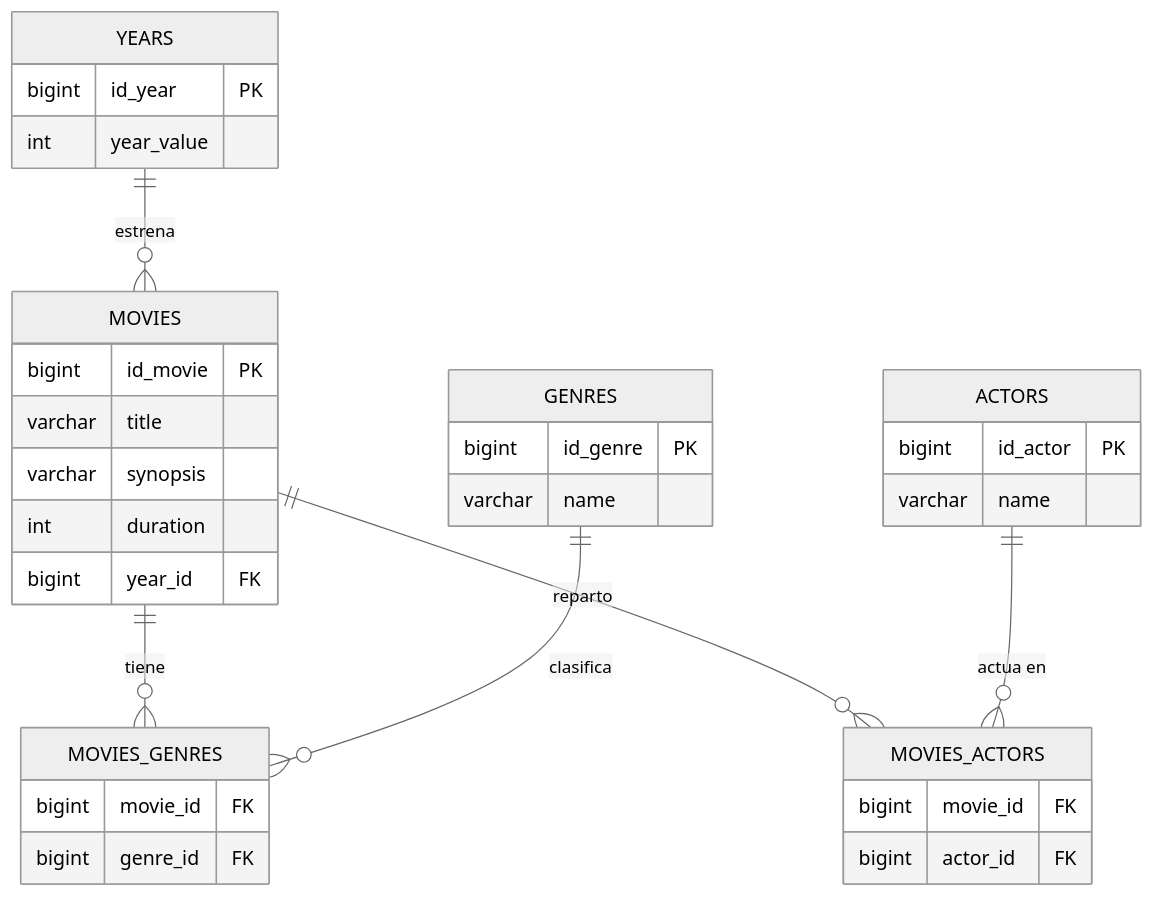
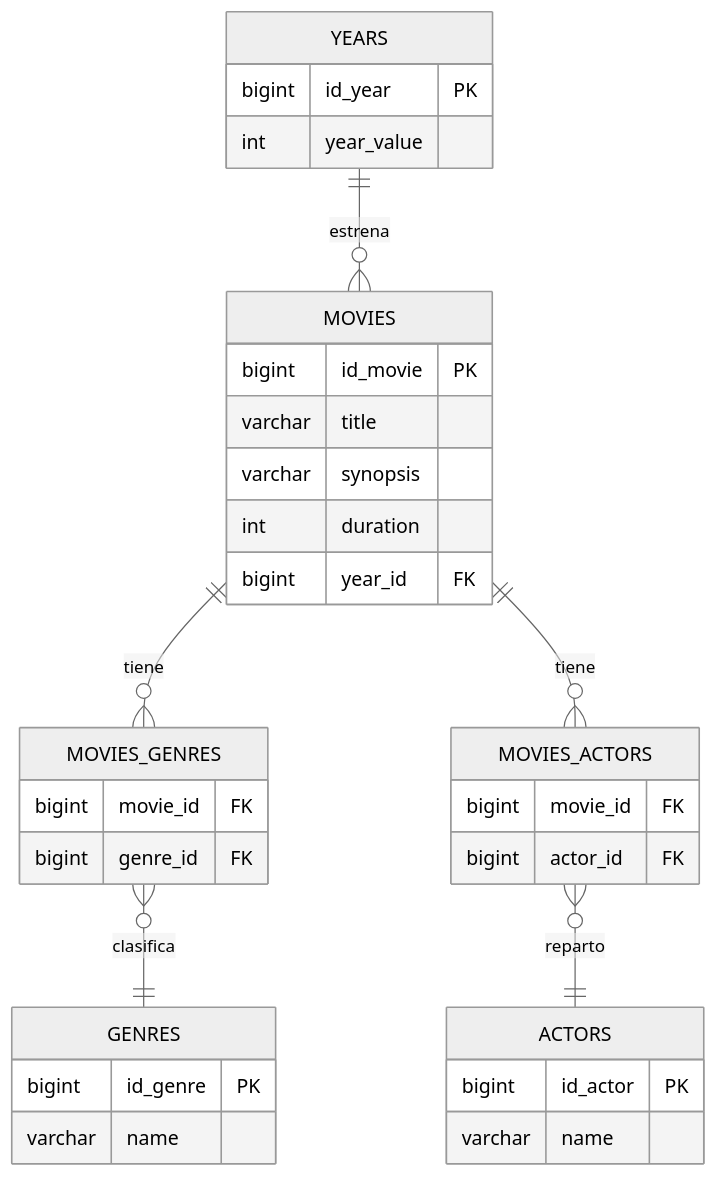
One commit to IulianDev27/movies-api changed the diagram in README.md. Above: the diagram before and after it, drawn with Mermaid (neutral theme).

Commit message:
docs: improve diagram rendering on GitHub

````diff
--- a/README.md
+++ b/README.md
@@ -167,36 +167,36 @@
 ```mermaid
 erDiagram
     YEARS {
         bigint id_year PK
         int year_value
     }
     MOVIES {
         bigint id_movie PK
         varchar title
         varchar synopsis
         int duration
         bigint year_id FK
     }
+    MOVIES_GENRES {
+        bigint movie_id FK
+        bigint genre_id FK
+    }
     GENRES {
         bigint id_genre PK
         varchar name
+    }
+    MOVIES_ACTORS {
+        bigint movie_id FK
+        bigint actor_id FK
     }
     ACTORS {
         bigint id_actor PK
         varchar name
     }
-    MOVIES_GENRES {
-        bigint movie_id FK
-        bigint genre_id FK
-    }
-    MOVIES_ACTORS {
-        bigint movie_id FK
-        bigint actor_id FK
-    }
 
-    YEARS        ||--o{ MOVIES        : "estrena"
-    MOVIES       ||--o{ MOVIES_GENRES : "tiene"
-    GENRES       ||--o{ MOVIES_GENRES : "clasifica"
-    MOVIES       ||--o{ MOVIES_ACTORS : "reparto"
-    ACTORS       ||--o{ MOVIES_ACTORS : "actua en"
+    YEARS ||--o{ MOVIES : "estrena"
+    MOVIES ||--o{ MOVIES_GENRES : "tiene"
+    MOVIES_GENRES }o--|| GENRES : "clasifica"
+    MOVIES ||--o{ MOVIES_ACTORS : "tiene"
+    MOVIES_ACTORS }o--|| ACTORS : "reparto"
 ```
````
